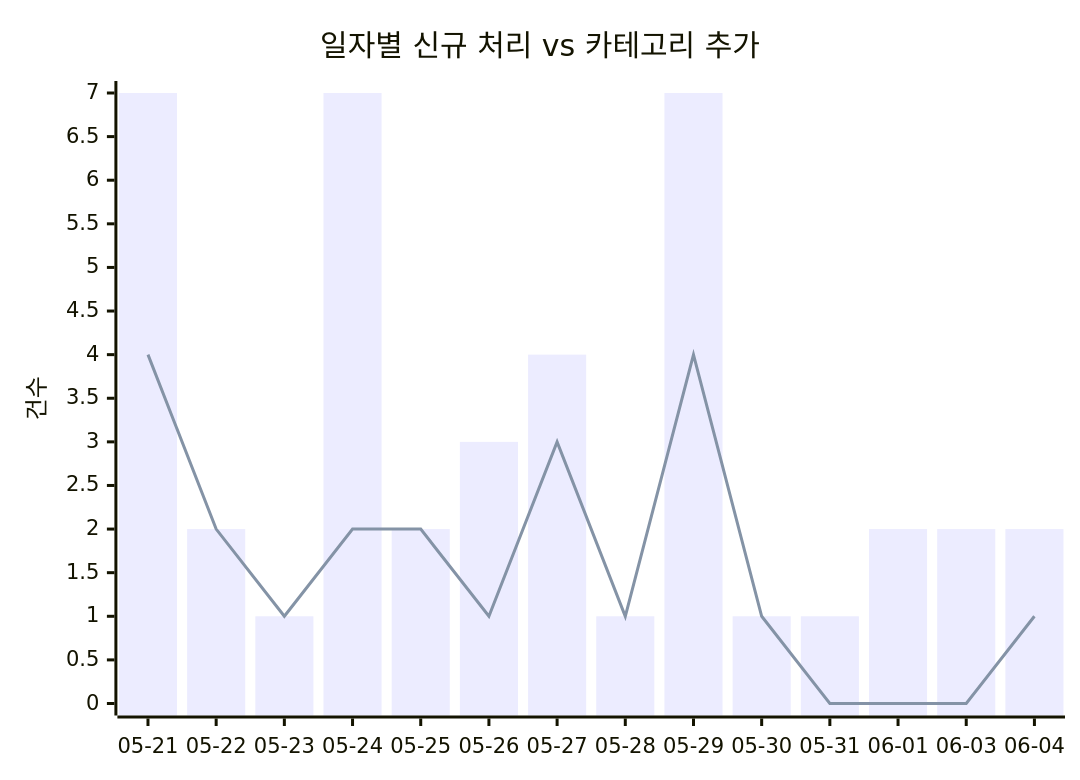
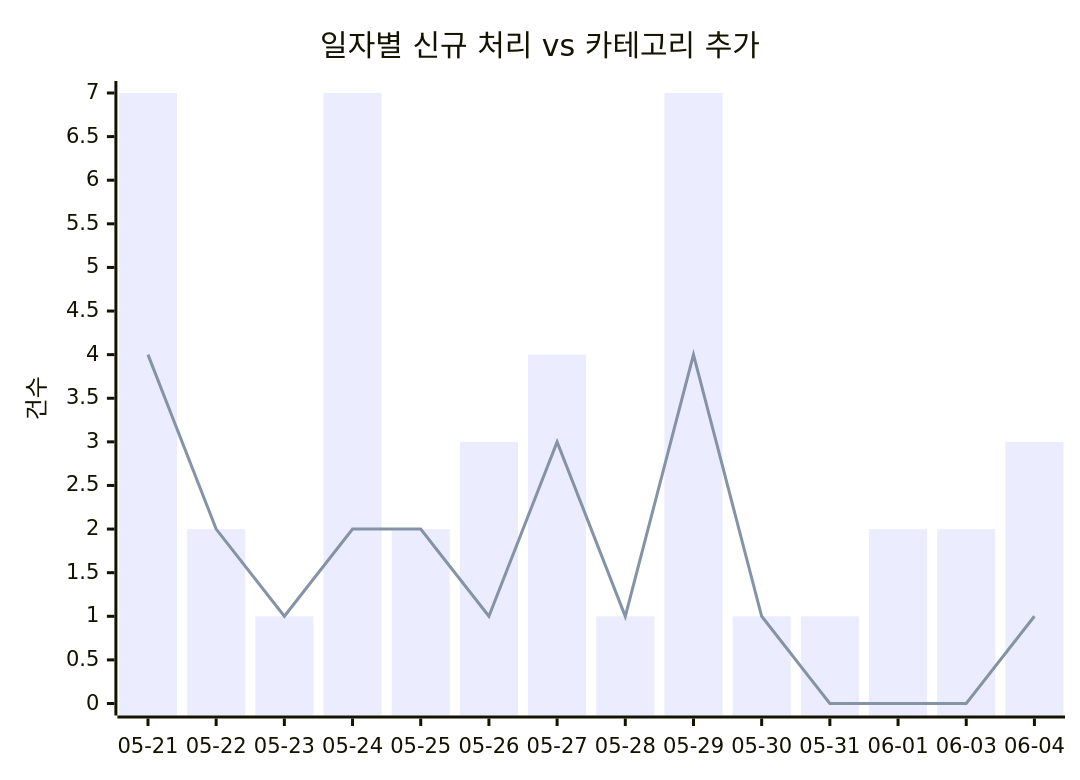
One commit to J-nowcow/awesome-korean-agent-skills changed the first of 2 diagrams in docs/trends.md. Above: the diagram before and after it, drawn with Mermaid. The commit also changed other lines of this file and 2 other files, not shown here.

````diff
--- a/docs/trends.md
+++ b/docs/trends.md
@@ -32,8 +32,8 @@
 ```mermaid
 xychart-beta
     title "일자별 신규 처리 vs 카테고리 추가"
     x-axis ["05-21","05-22","05-23","05-24","05-25","05-26","05-27","05-28","05-29","05-30","05-31","06-01","06-03","06-04"]
     y-axis "건수"
-    bar [7,2,1,7,2,3,4,1,7,1,1,2,2,2]
+    bar [7,2,1,7,2,3,4,1,7,1,1,2,2,3]
     line [4,2,1,2,2,1,3,1,4,1,0,0,0,1]
 ```
````
